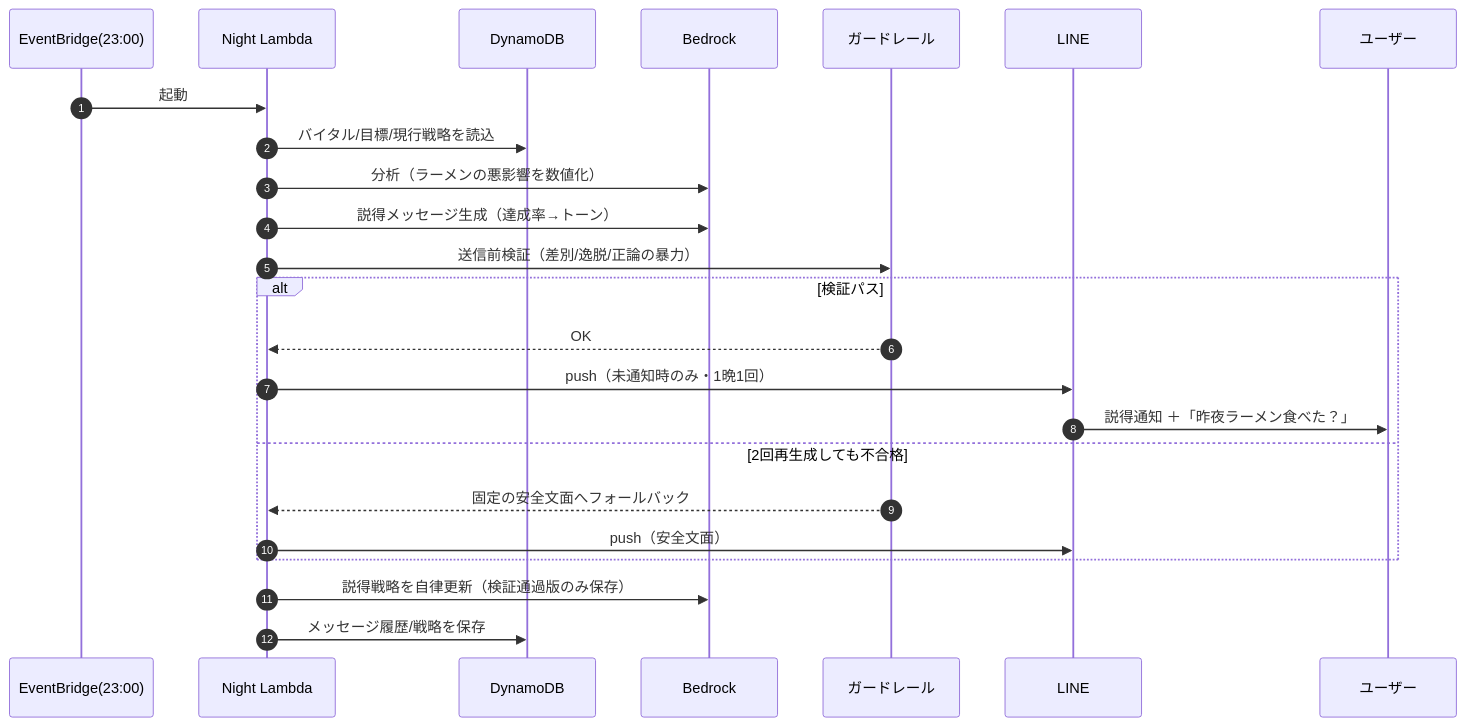
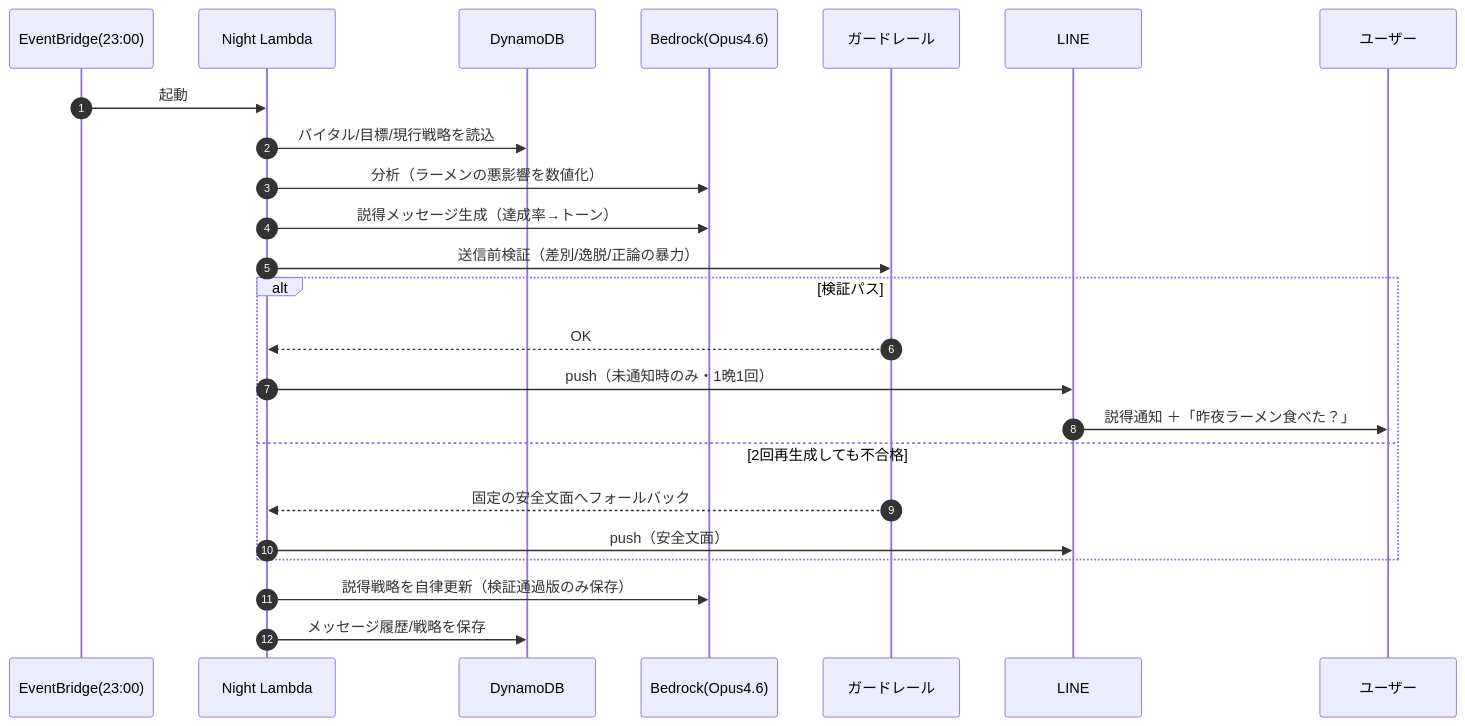
The second of 3 diagrams in docs/architecture.md (masanori-takada/260826_SleepTech_ver1.0), drawn with Mermaid before and after one commit. The commit also changed other lines of this file and 1 other file, not shown here.

Commit message:
docs: 構成図をFeature002(LINE対話/Memory)と現行モデル構成に更新

````diff
--- a/docs/architecture.md
+++ b/docs/architecture.md
@@ -73,27 +88,27 @@
 ```mermaid
 sequenceDiagram
     autonumber
     participant EB as EventBridge(23:00)
     participant N as Night Lambda
     participant D as DynamoDB
-    participant B as Bedrock
+    participant B as Bedrock(Opus4.6)
     participant G as ガードレール
     participant L as LINE
     participant U as ユーザー
 
     EB->>N: 起動
     N->>D: バイタル/目標/現行戦略を読込
     N->>B: 分析（ラーメンの悪影響を数値化）
     N->>B: 説得メッセージ生成（達成率→トーン）
     N->>G: 送信前検証（差別/逸脱/正論の暴力）
     alt 検証パス
         G-->>N: OK
         N->>L: push（未通知時のみ・1晩1回）
         L->>U: 説得通知 ＋「昨夜ラーメン食べた？」
     else 2回再生成しても不合格
         G-->>N: 固定の安全文面へフォールバック
         N->>L: push（安全文面）
     end
     N->>B: 説得戦略を自律更新（検証通過版のみ保存）
     N->>D: メッセージ履歴/戦略を保存
 ```
````
